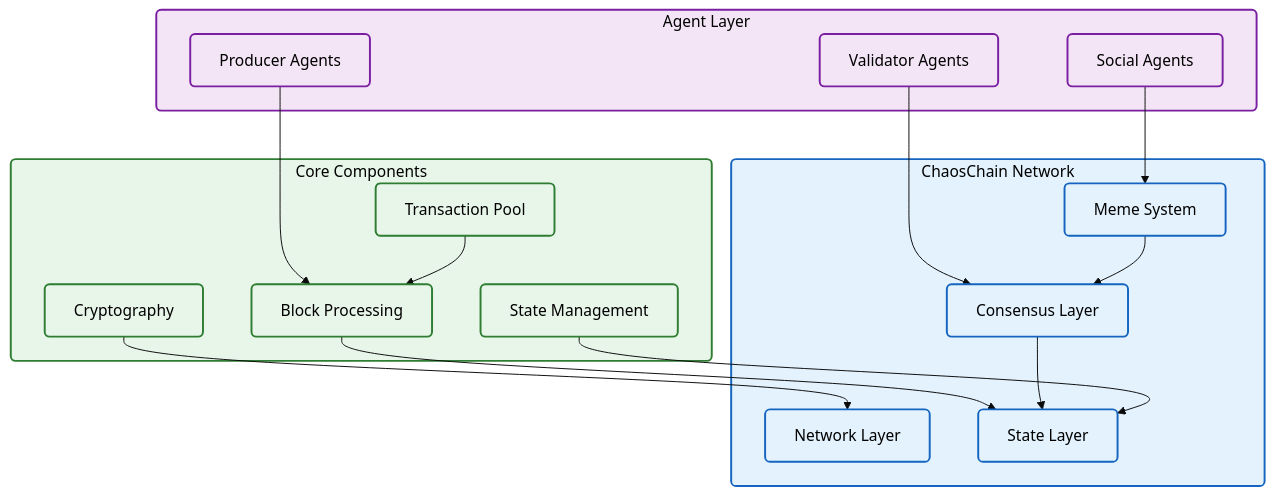
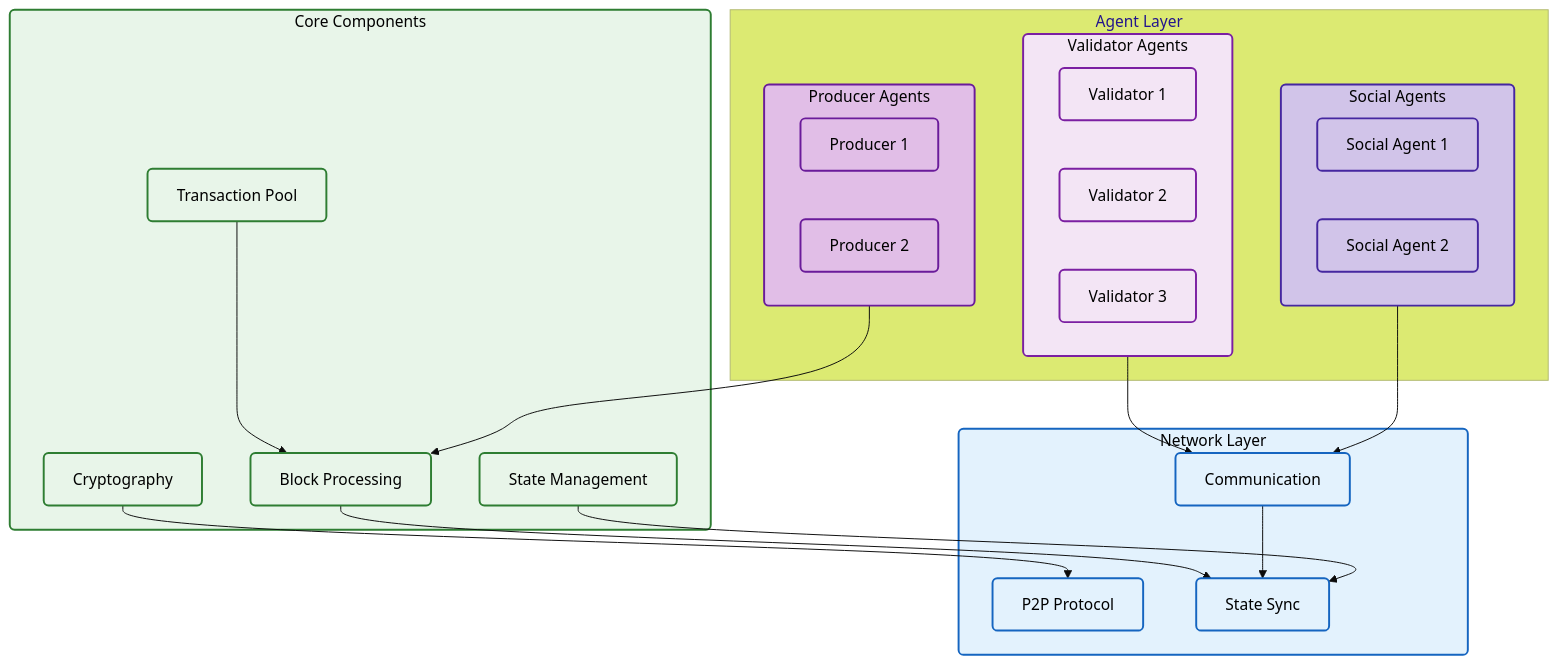
One commit to SumeetChougule/chaoschain changed the first of 6 diagrams in docs/introduction/architecture.md. Above: the diagram before and after it, drawn with Mermaid. The commit also changed other lines of this file, not shown here.

Commit message:
Update System Overview: remove meme components and expand Agent Layer

````diff
--- a/docs/introduction/architecture.md
+++ b/docs/introduction/architecture.md
@@ -9,42 +9,57 @@
 ```mermaid
 %%{init: {'theme': 'base', 'themeVariables': { 'fontSize': '16px', 'fontFamily': 'arial', 'primaryColor': '#6c5ce7', 'primaryTextColor': '#000' }}}%%
 flowchart TB
-    subgraph Network["ChaosChain Network"]
-        N["Network Layer"]
-        C["Consensus Layer"]
-        S["State Layer"]
-        M["Meme System"]
+    subgraph Network["Network Layer"]
+        NP["P2P Protocol"]
+        NC["Communication"]
+        NS["State Sync"]
     end
     
     subgraph Agents["Agent Layer"]
-        V["Validator Agents"]
-        P["Producer Agents"]
-        SA["Social Agents"]
+        subgraph Validators["Validator Agents"]
+            V1["Validator 1"]
+            V2["Validator 2"]
+            V3["Validator 3"]
+        end
+        
+        subgraph Producers["Producer Agents"]
+            P1["Producer 1"]
+            P2["Producer 2"]
+        end
+        
+        subgraph Social["Social Agents"]
+            S1["Social Agent 1"]
+            S2["Social Agent 2"]
+        end
     end
     
     subgraph Core["Core Components"]
         B["Block Processing"]
         T["Transaction Pool"]
         SM["State Management"]
         CR["Cryptography"]
     end
     
-    V --> C
-    P --> B
-    SA --> M
-    B --> S
+    Validators --> NC
+    Producers --> B
+    Social --> NC
+    B --> NS
     T --> B
-    C --> S
-    M --> C
-    SM --> S
-    CR --> N
+    NC --> NS
+    SM --> NS
+    CR --> NP
 
     classDef default fill:#f8f9fa,stroke:#333,stroke-width:2px,rx:5,ry:5,color:#000
     classDef network fill:#e3f2fd,stroke:#1565c0,stroke-width:2px,rx:5,ry:5,color:#000
     classDef agents fill:#f3e5f5,stroke:#7b1fa2,stroke-width:2px,rx:5,ry:5,color:#000
     classDef core fill:#e8f5e9,stroke:#2e7d32,stroke-width:2px,rx:5,ry:5,color:#000
+    classDef validator fill:#f3e5f5,stroke:#7b1fa2,stroke-width:2px,rx:5,ry:5,color:#000
+    classDef producer fill:#e1bee7,stroke:#6a1b9a,stroke-width:2px,rx:5,ry:5,color:#000
+    classDef social fill:#d1c4e9,stroke:#4527a0,stroke-width:2px,rx:5,ry:5,color:#000
     
-    class N,C,S,M,Network network
-    class V,P,SA,Agents agents
+    class NP,NC,NS,Network network
+    class V1,V2,V3,Validators validator
+    class P1,P2,Producers producer
+    class S1,S2,Social social
     class B,T,SM,CR,Core core
 ```
````
